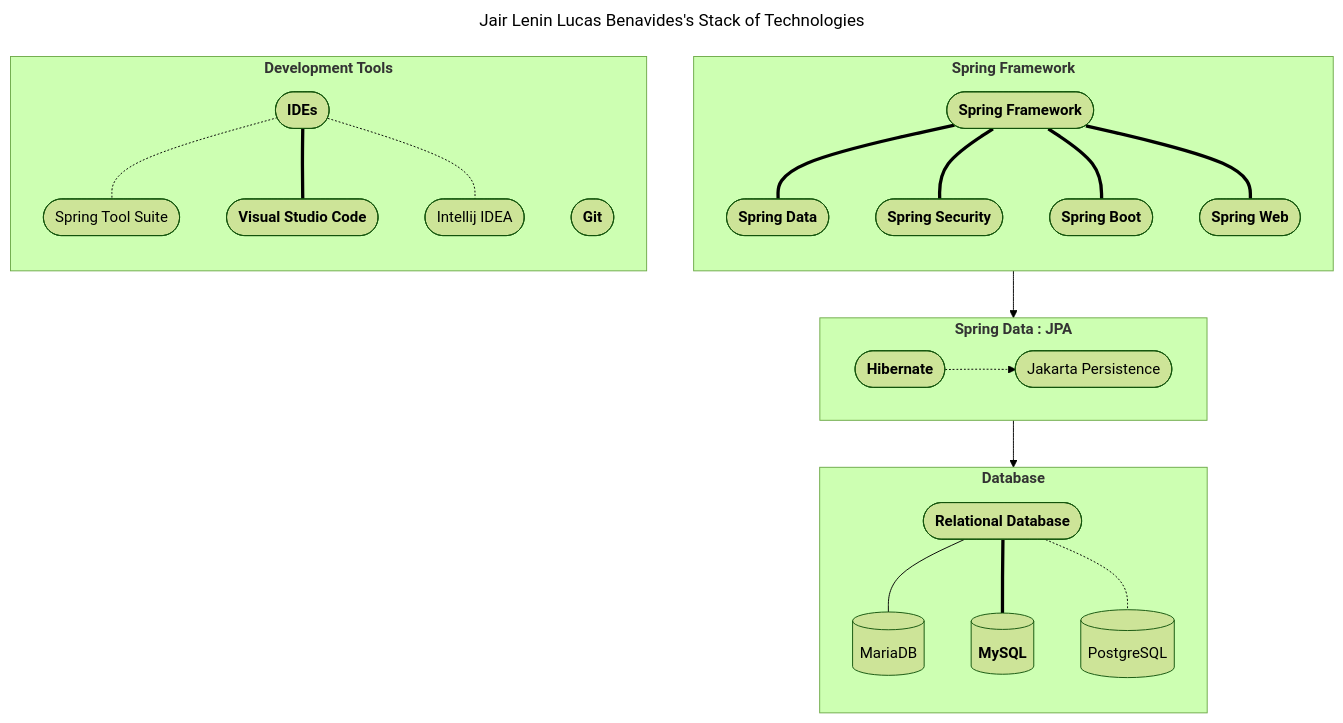
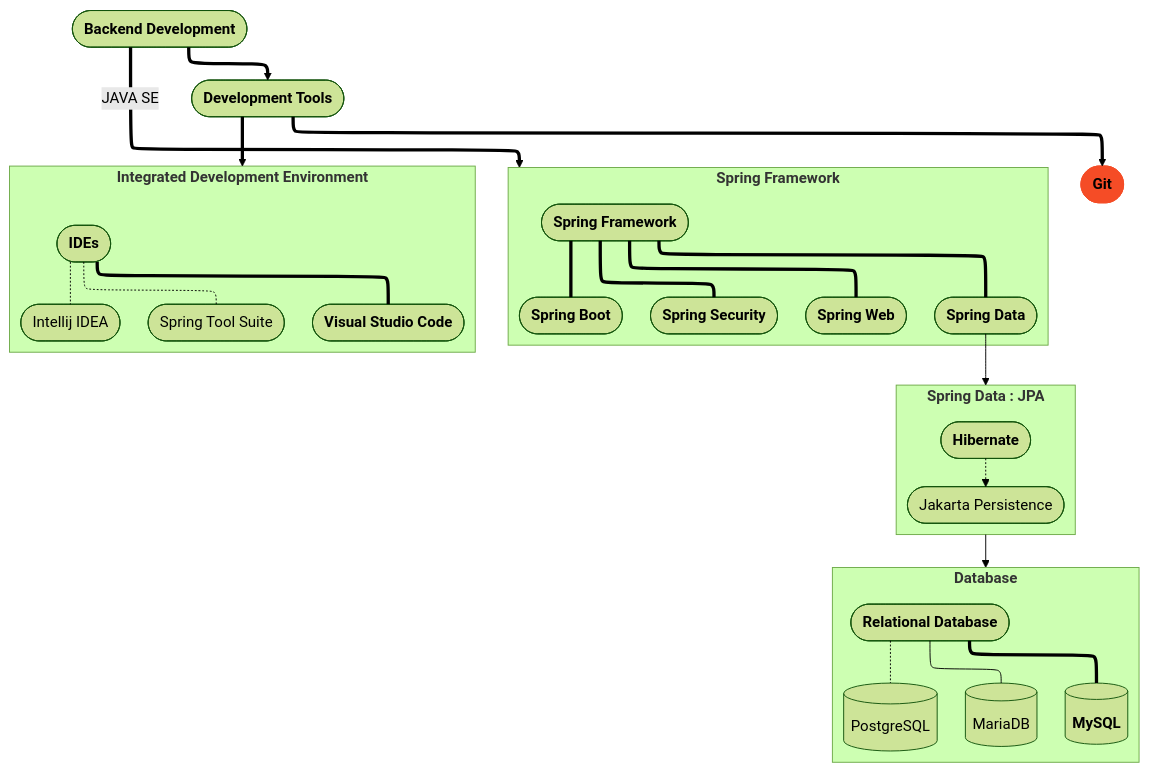
The diagram in README.md (jairlucasbe/jairlucasbe), drawn with Mermaid (forest theme) before and after one commit. The commit also changed other lines of this file, not shown here.

Commit message:
Stack graphics completed

````diff
--- a/README.md
+++ b/README.md
@@ -54,39 +54,43 @@
 ```mermaid
----
-title: Jair Lenin Lucas Benavides's Stack of Technologies
----
-flowchart
+%%{init: {"flowchart": {"defaultRenderer": "elk"}} }%%
+flowchart TB
 	subgraph spring["`**Spring Framework**`"]
 		direction TB
 		spring-framework(["`**Spring Framework**`"])
 		spring-framework === spring-data(["`**Spring Data**`"])
 		spring-framework === spring-security(["`**Spring Security**`"])
 		spring-framework === spring-boot(["`**Spring Boot**`"])
 		spring-framework === spring-web(["`**Spring Web**`"])
 	end
 	
-	subgraph spring_data["`**Spring Data : JPA**`"]
+	subgraph spring_data_jpa["`**Spring Data : JPA**`"]
 		direction LR
 		hibernate(["`**Hibernate**  `"]) -.-> jakarta_persistence(["`Jakarta Persistence`"])
 	end
 
 	subgraph database["`**Database**`"]
 		direction TB
 		relational_database(["`**Relational Database**`"])
 		relational_database --- mariadb[(MariaDB)]
 		relational_database === mysql[("`**MySQL**`")]
 		relational_database -.- postgresql[(PostgreSQL)]
 	end
-
-	subgraph development_tools["`**Development Tools**`"]
+	
+	subgraph integrante_development_environment["`**Integrated Development Environment**`"]
 		direction TB
 		ides(["`**IDEs**`"])
-		git(["`**Git**`"])
 		ides -.- spring_tool_suite([Spring Tool Suite])
 		ides === visual_studio_code(["`**Visual Studio Code**`"])
 		ides -.- intellij_idea([Intellij IDEA])
 	end
 
-	spring-data --> spring_data
-	spring_data --> database
+	development_tools(["`**Development Tools**`"])
+	backend_development(["`**Backend Development**`"])	
+	backend_development ==> development_tools
+	backend_development == JAVA SE ==> spring
+	development_tools ==> integrante_development_environment
+	development_tools ==> git(["`**Git**`"]):::gitclass
+	classDef gitclass stroke:#f54c26, fill:#f54c26, color:#000
+	spring-data --> spring_data_jpa
+	spring_data_jpa --> database
 ```
````
